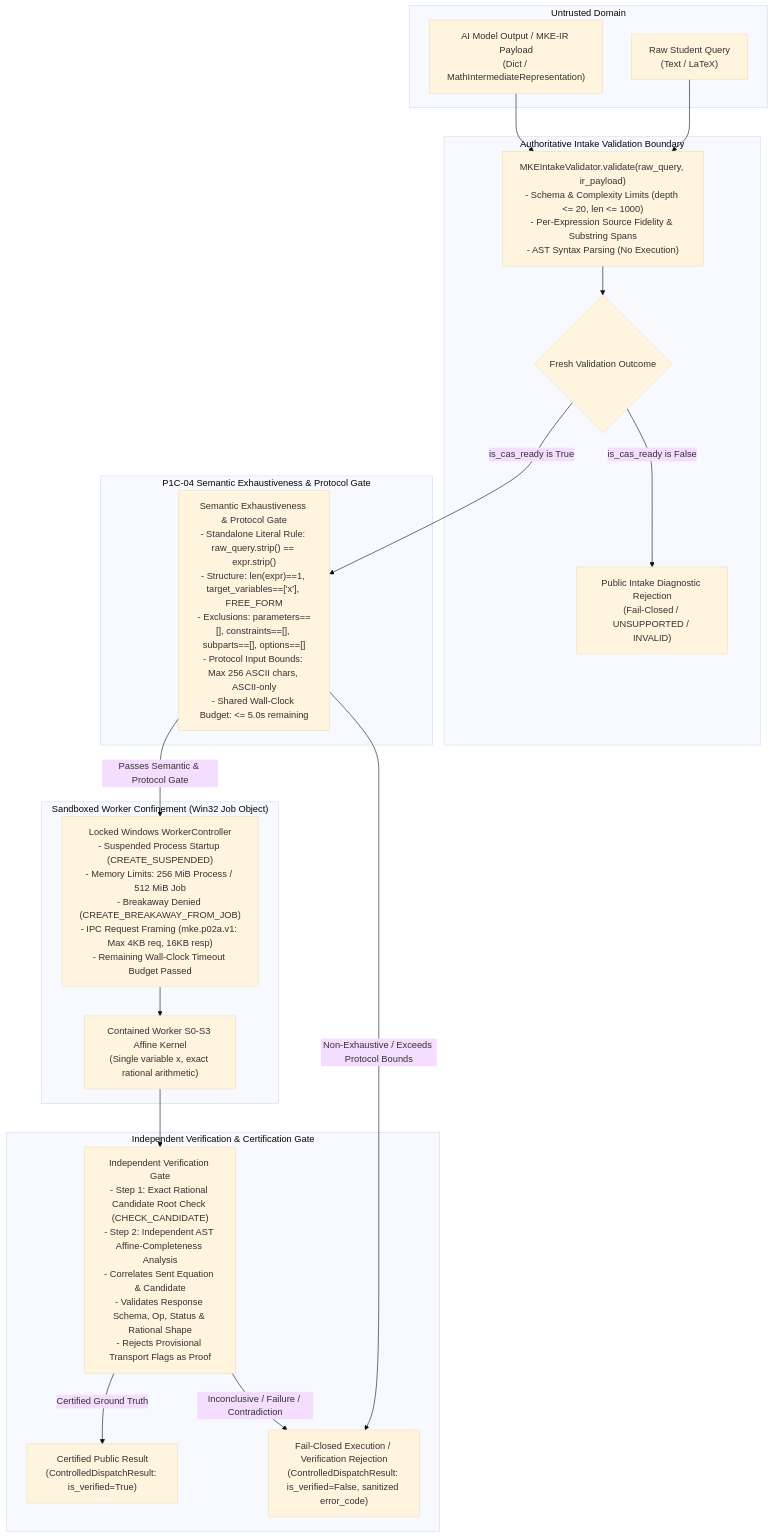
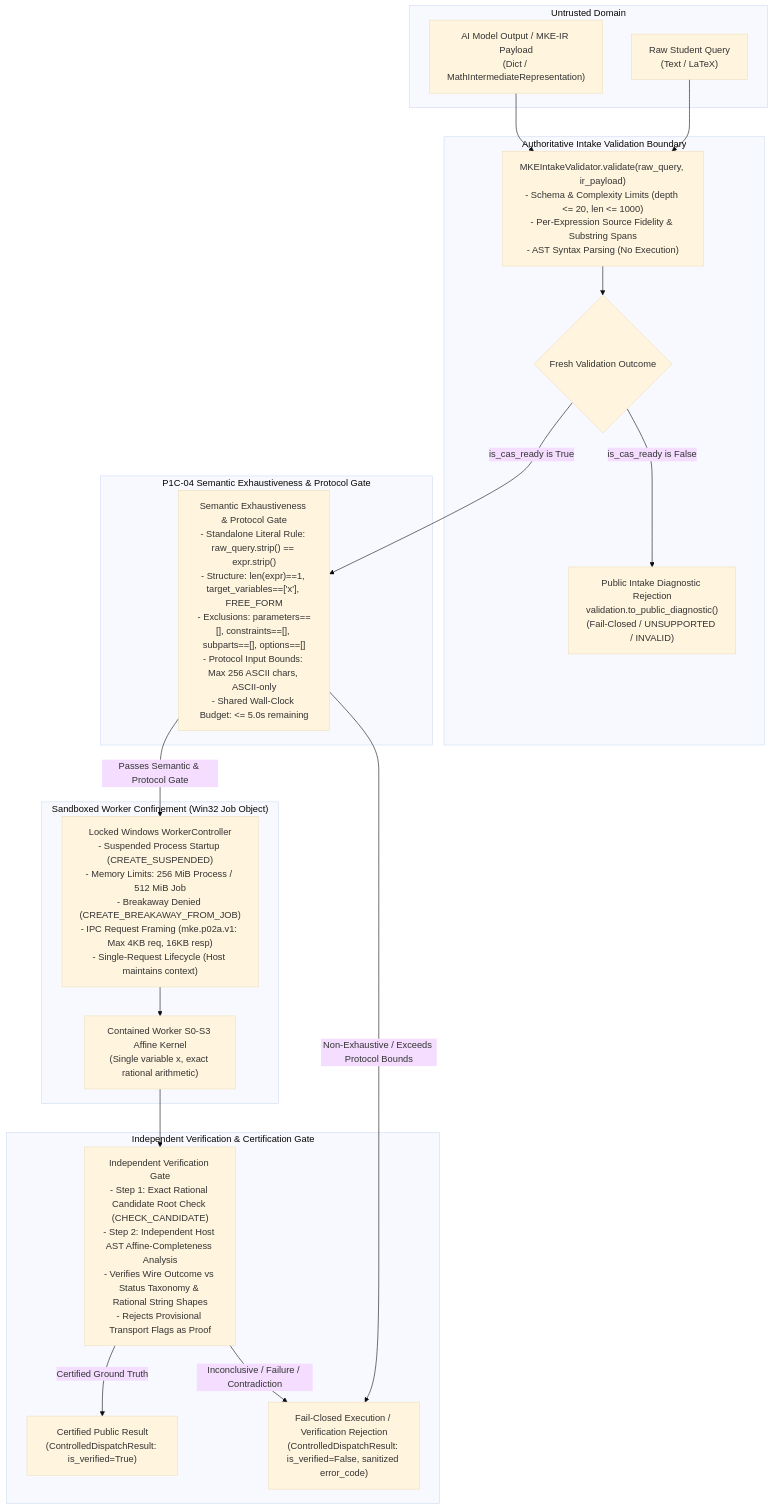
Before and after one commit to PhanHoangKe/math-knowledge-engine: the first of 3 diagrams in docs/architecture/P1C_04_A_CONTROLLED_DISPATCH_PREFLIGHT.md, drawn with Mermaid (base theme). The commit also changed other lines of this file, not shown here.

Commit message:
docs(architecture): apply Stage-0 errata to P1C-04-A preflight specification for wire protocol and validator signatures

````diff
--- a/docs/architecture/P1C_04_A_CONTROLLED_DISPATCH_PREFLIGHT.md
+++ b/docs/architecture/P1C_04_A_CONTROLLED_DISPATCH_PREFLIGHT.md
@@ -26,40 +26,40 @@
 ```mermaid
 flowchart TD
     subgraph UntrustedDomain["Untrusted Domain"]
         A["Raw Student Query<br/>(Text / LaTeX)"]
         B["AI Model Output / MKE-IR Payload<br/>(Dict / MathIntermediateRepresentation)"]
     end
 
     subgraph IntakeBoundary["Authoritative Intake Validation Boundary"]
         C["MKEIntakeValidator.validate(raw_query, ir_payload)<br/>- Schema & Complexity Limits (depth <= 20, len <= 1000)<br/>- Per-Expression Source Fidelity & Substring Spans<br/>- AST Syntax Parsing (No Execution)"]
         D{"Fresh Validation Outcome"}
-        E["Public Intake Diagnostic Rejection<br/>(Fail-Closed / UNSUPPORTED / INVALID)"]
+        E["Public Intake Diagnostic Rejection<br/>validation.to_public_diagnostic()<br/>(Fail-Closed / UNSUPPORTED / INVALID)"]
     end
 
     subgraph SemanticAndProtocolGate["P1C-04 Semantic Exhaustiveness & Protocol Gate"]
         F["Semantic Exhaustiveness & Protocol Gate<br/>- Standalone Literal Rule: raw_query.strip() == expr.strip()<br/>- Structure: len(expr)==1, target_variables==['x'], FREE_FORM<br/>- Exclusions: parameters==[], constraints==[], subparts==[], options==[]<br/>- Protocol Input Bounds: Max 256 ASCII chars, ASCII-only<br/>- Shared Wall-Clock Budget: <= 5.0s remaining"]
     end
 
     subgraph SandboxedWorker["Sandboxed Worker Confinement (Win32 Job Object)"]
-        G["Locked Windows WorkerController<br/>- Suspended Process Startup (CREATE_SUSPENDED)<br/>- Memory Limits: 256 MiB Process / 512 MiB Job<br/>- Breakaway Denied (CREATE_BREAKAWAY_FROM_JOB)<br/>- IPC Request Framing (mke.p02a.v1: Max 4KB req, 16KB resp)<br/>- Remaining Wall-Clock Timeout Budget Passed"]
+        G["Locked Windows WorkerController<br/>- Suspended Process Startup (CREATE_SUSPENDED)<br/>- Memory Limits: 256 MiB Process / 512 MiB Job<br/>- Breakaway Denied (CREATE_BREAKAWAY_FROM_JOB)<br/>- IPC Request Framing (mke.p02a.v1: Max 4KB req, 16KB resp)<br/>- Single-Request Lifecycle (Host maintains context)"]
         H["Contained Worker S0-S3 Affine Kernel<br/>(Single variable x, exact rational arithmetic)"]
     end
 
     subgraph VerificationGate["Independent Verification & Certification Gate"]
-        I["Independent Verification Gate<br/>- Step 1: Exact Rational Candidate Root Check (CHECK_CANDIDATE)<br/>- Step 2: Independent AST Affine-Completeness Analysis<br/>- Correlates Sent Equation & Candidate<br/>- Validates Response Schema, Op, Status & Rational Shape<br/>- Rejects Provisional Transport Flags as Proof"]
+        I["Independent Verification Gate<br/>- Step 1: Exact Rational Candidate Root Check (CHECK_CANDIDATE)<br/>- Step 2: Independent Host AST Affine-Completeness Analysis<br/>- Verifies Wire Outcome vs Status Taxonomy & Rational String Shapes<br/>- Rejects Provisional Transport Flags as Proof"]
         J["Certified Public Result<br/>(ControlledDispatchResult: is_verified=True)"]
         K["Fail-Closed Execution / Verification Rejection<br/>(ControlledDispatchResult: is_verified=False, sanitized error_code)"]
     end
 
     A --> C
     B --> C
     C --> D
     D -->|"is_cas_ready is False"| E
     D -->|"is_cas_ready is True"| F
     F -->|"Non-Exhaustive / Exceeds Protocol Bounds"| K
     F -->|"Passes Semantic & Protocol Gate"| G
     G --> H
     H --> I
     I -->|"Certified Ground Truth"| J
     I -->|"Inconclusive / Failure / Contradiction"| K
 ```
````
